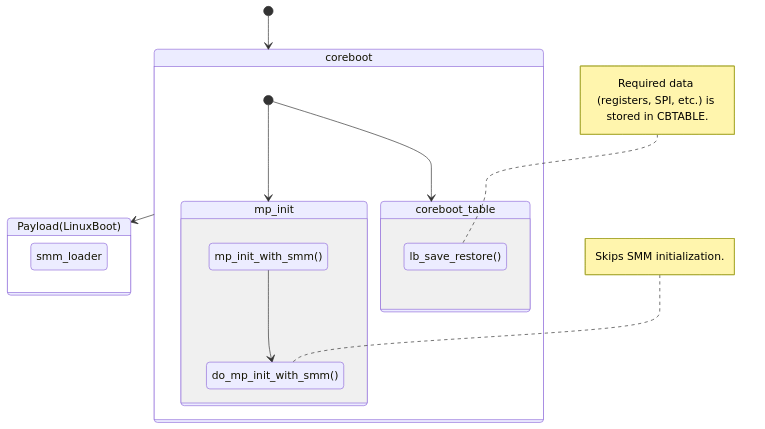
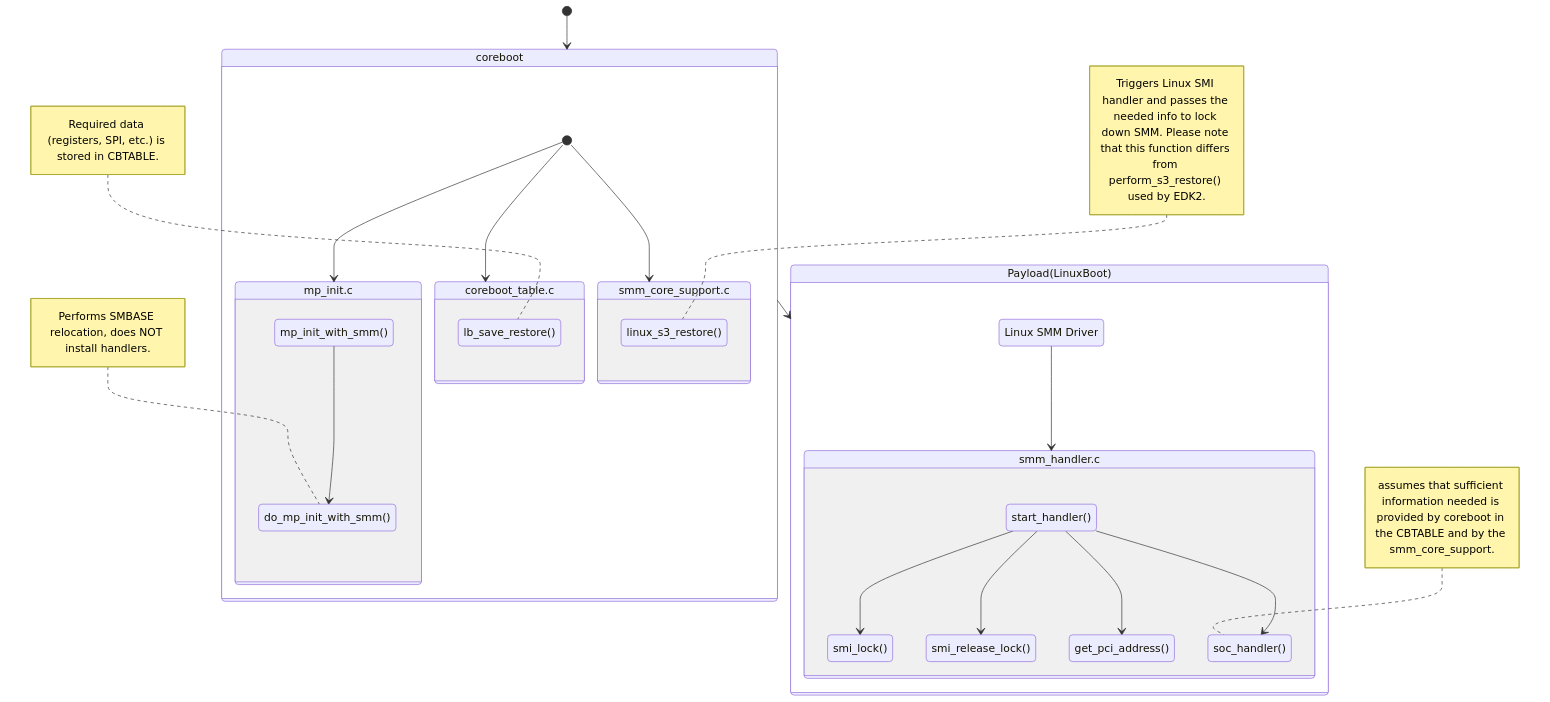
The second of 2 diagrams in README.md (9elements/LinuxBootSMM), drawn with Mermaid before and after one commit. The commit also changed other lines of this file, not shown here.

Commit message:
docs: reasoning for s3 bp initial design

````diff
--- a/README.md
+++ b/README.md
@@ -288,22 +290,35 @@
 ```mermaid
 stateDiagram-v2
     [*] --> coreboot
     coreboot --> Payload(LinuxBoot)
     state coreboot {
-        [*] --> mp_init
-        [*] --> coreboot_table
+        [*] --> mp_init.c
+        [*] --> coreboot_table.c
+        [*] --> smm_core_support.c
 
-        state mp_init {
+        state mp_init.c {
             mp_init_with_smm() --> do_mp_init_with_smm()
-            note left of do_mp_init_with_smm() : Skips SMM initialization.
+            note left of do_mp_init_with_smm() : Performs SMBASE relocation, does NOT install handlers.
         }
-        state coreboot_table {
+        state coreboot_table.c {
             lb_save_restore()
             note left of lb_save_restore() : Required data (registers, SPI, etc.) is stored in CBTABLE.
+        }
+        state smm_core_support.c {
+            linux_s3_restore()
+            note left of linux_s3_restore() : Triggers Linux SMI handler and passes the needed info to lock down SMM. Please note that this function differs from perform_s3_restore() used by EDK2.
         }
     }
 
     state Payload(LinuxBoot) {
-        smm_loader
+        state "Linux SMM Driver" as payload
+        payload --> smm_handler.c
+        state smm_handler.c {
+            start_handler() --> smi_lock()
+            start_handler() --> smi_release_lock()
+            start_handler() --> get_pci_address()
+            start_handler() --> soc_handler()
+            note left of soc_handler() : assumes that sufficient information needed is provided by coreboot in the CBTABLE and by the smm_core_support.
+        }
     }
 ```
````
